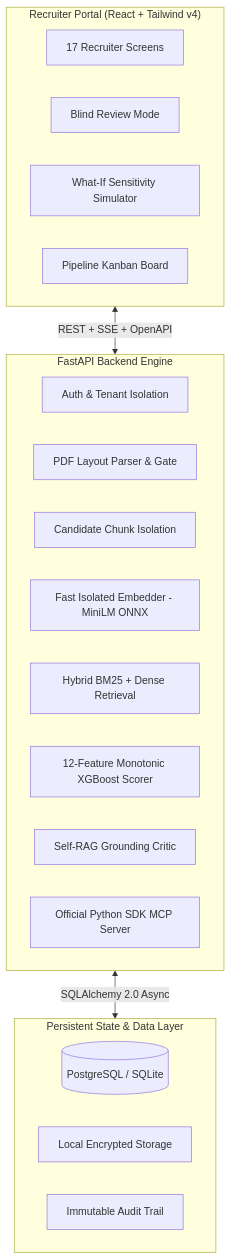
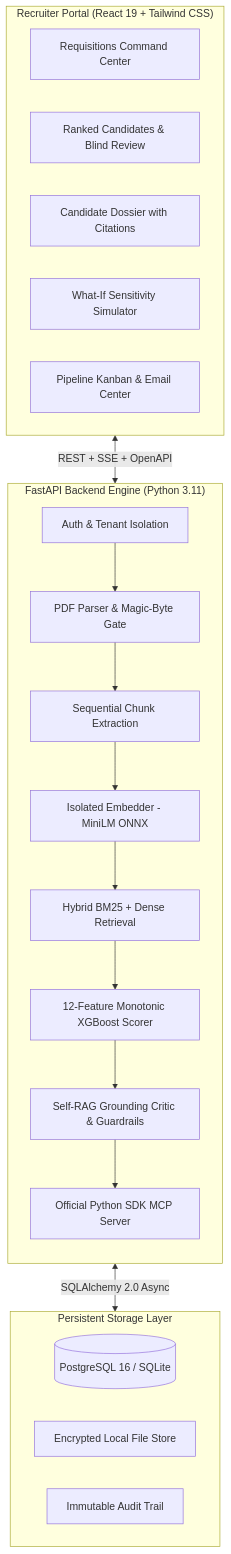
Before and after one commit to mhd-sajad/Recruit-Lens: the diagram in README.md, drawn with Mermaid. The commit also changed other lines of this file and 1 other file, not shown here.

Commit message:
docs(readme): polish executive README with architecture, badges, and dual-boundary paradigm

````diff
--- a/README.md
+++ b/README.md
@@ -9,29 +86,30 @@
 ```mermaid
 flowchart TD
-    subgraph UI ["Recruiter Portal (React + Tailwind v4)"]
-        A1[17 Recruiter Screens]
-        A2[Blind Review Mode]
-        A3[What-If Sensitivity Simulator]
-        A4[Pipeline Kanban Board]
+    subgraph Client ["Recruiter Portal (React 19 + Tailwind CSS)"]
+        UI1[Requisitions Command Center]
+        UI2[Ranked Candidates & Blind Review]
+        UI3[Candidate Dossier with Citations]
+        UI4[What-If Sensitivity Simulator]
+        UI5[Pipeline Kanban & Email Center]
     end
 
-    subgraph API ["FastAPI Backend Engine"]
-        B1[Auth & Tenant Isolation]
-        B2[PDF Layout Parser & Gate]
-        B3[Candidate Chunk Isolation]
-        B4[Fast Isolated Embedder - MiniLM ONNX]
-        B5[Hybrid BM25 + Dense Retrieval]
-        B6[12-Feature Monotonic XGBoost Scorer]
-        B7[Self-RAG Grounding Critic]
-        B8[Official Python SDK MCP Server]
+    subgraph Core ["FastAPI Backend Engine (Python 3.11)"]
+        direction TB
+        A1[Auth & Tenant Isolation] --> A2[PDF Parser & Magic-Byte Gate]
+        A2 --> A3[Sequential Chunk Extraction]
+        A3 --> A4[Isolated Embedder - MiniLM ONNX]
+        A4 --> A5[Hybrid BM25 + Dense Retrieval]
+        A5 --> A6[12-Feature Monotonic XGBoost Scorer]
+        A6 --> A7[Self-RAG Grounding Critic & Guardrails]
+        A7 --> A8[Official Python SDK MCP Server]
     end
 
-    subgraph Storage ["Persistent State & Data Layer"]
-        C1[(PostgreSQL / SQLite)]
-        C2[Local Encrypted Storage]
-        C3[Immutable Audit Trail]
+    subgraph Data ["Persistent Storage Layer"]
+        DB[(PostgreSQL 16 / SQLite)]
+        FS[Encrypted Local File Store]
+        AUDIT[Immutable Audit Trail]
     end
 
-    UI <-->|REST + SSE + OpenAPI| API
-    API <-->|SQLAlchemy 2.0 Async| Storage
+    Client <-->|REST + SSE + OpenAPI| Core
+    Core <-->|SQLAlchemy 2.0 Async| Data
 ```
````
